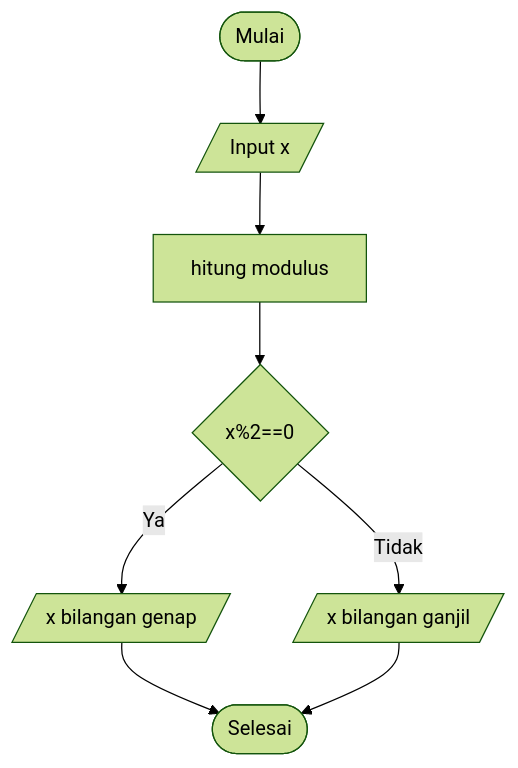
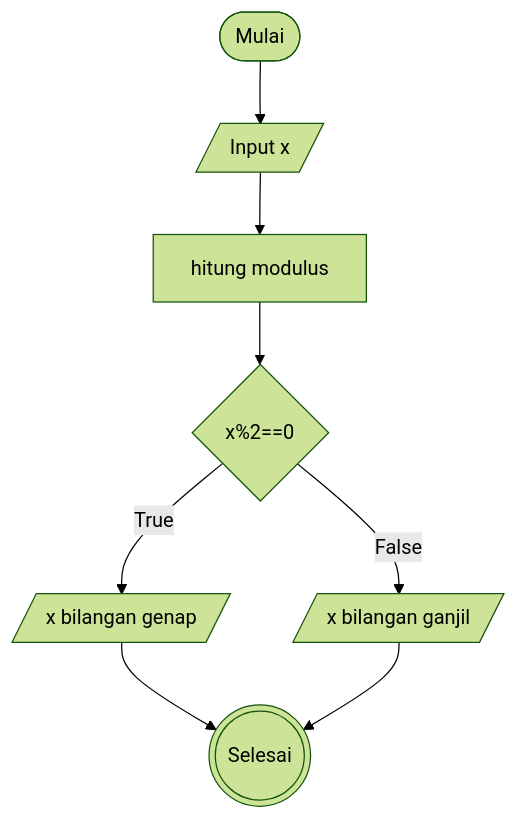
One commit to mslthn/koda-b6-algoritma changed the diagram in flowchart-ganjil-genap.md. Above: the diagram before and after it, drawn with Mermaid (forest theme).

````diff
--- a/flowchart-ganjil-genap.md
+++ b/flowchart-ganjil-genap.md
@@ -1,14 +1,14 @@
 ```mermaid
 flowchart TD
     mulai@{ shape: stadium, label: "Mulai"}
     input@{ shape: lean-r, label: "Input x"}
     proses@{ shape: rect, label: "hitung modulus"}
     ifG@{ shape: diamond, label: "x%2==0"}
     ganjil@{ shape: lean-r, label: "x bilangan ganjil"}
     genap@{ shape: lean-r, label: "x bilangan genap"}
-    selesai@{ shape: stadium, label: "Selesai"}
+    selesai@{ shape: dbl-circ, label: "Selesai"}
 
 mulai-->input-->proses-->ifG
-ifG-->|Ya| genap-->selesai
-ifG-->|Tidak| ganjil-->selesai
+ifG-->|True| genap-->selesai
+ifG-->|False| ganjil-->selesai
 ```
````
